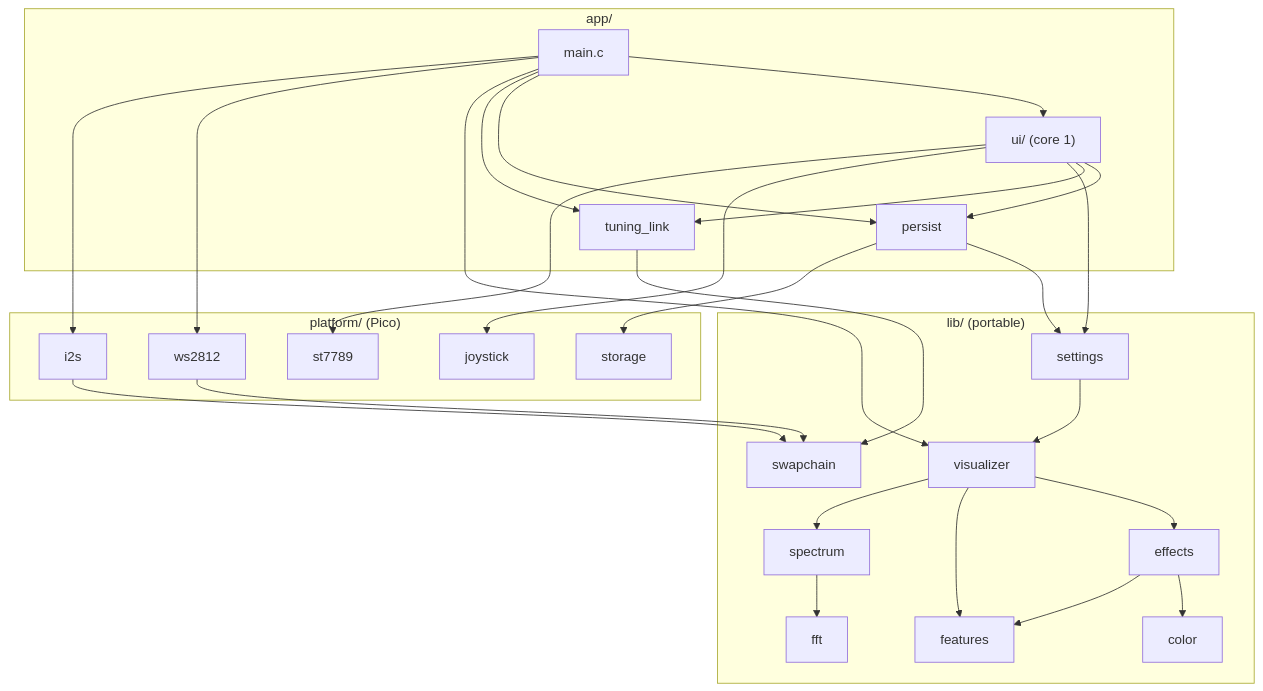
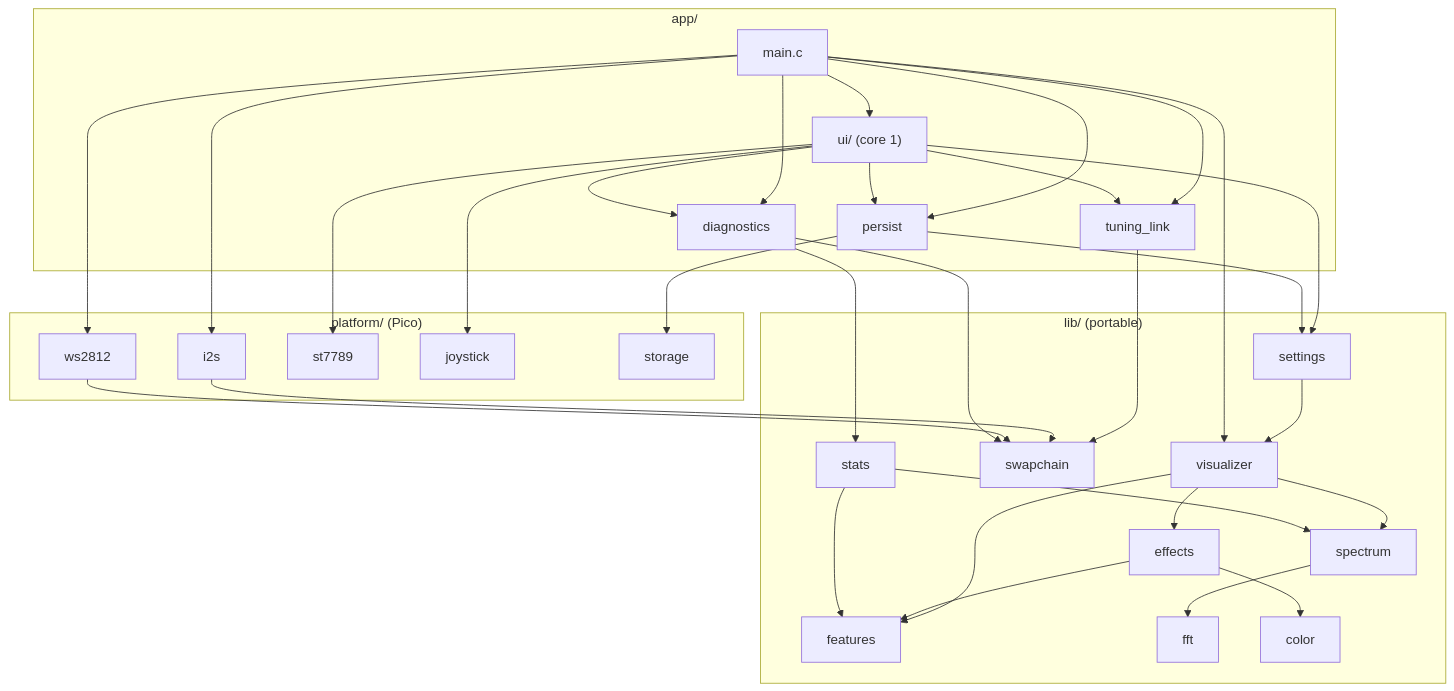
One commit to whyisitworking/light-painting changed the second of 2 diagrams in README.md. Above: the diagram before and after it, drawn with Mermaid. The commit also changed other lines of this file and 11 other files, not shown here.

````diff
--- a/README.md
+++ b/README.md
@@ -294,28 +296,32 @@
 ```mermaid
 flowchart TB
     subgraph app ["app/"]
         main["main.c"]
         ui["ui/ (core 1)"]
         link["tuning_link"]
         persist
+        diagnostics
     end
     subgraph platform ["platform/ (Pico)"]
         i2s
         ws2812
         st7789
         joystick
         storage
     end
     subgraph lib ["lib/ (portable)"]
         settings --> visualizer
         visualizer --> spectrum & features & effects
         spectrum --> fft
         effects --> features & color
         swapchain
+        stats
     end
-    main --> i2s & ws2812 & visualizer & link & persist & ui
-    ui --> st7789 & joystick & settings & link & persist
+    main --> i2s & ws2812 & visualizer & link & persist & ui & diagnostics
+    ui --> st7789 & joystick & settings & link & persist & diagnostics
     persist --> storage & settings
     link --> swapchain
     i2s & ws2812 --> swapchain
+    diagnostics --> stats & swapchain
+    stats --> spectrum & features
 ```
````
